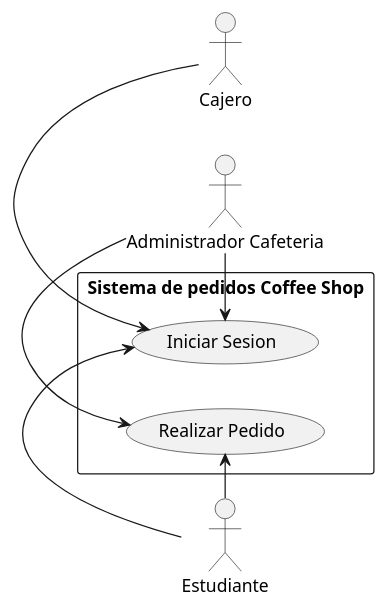
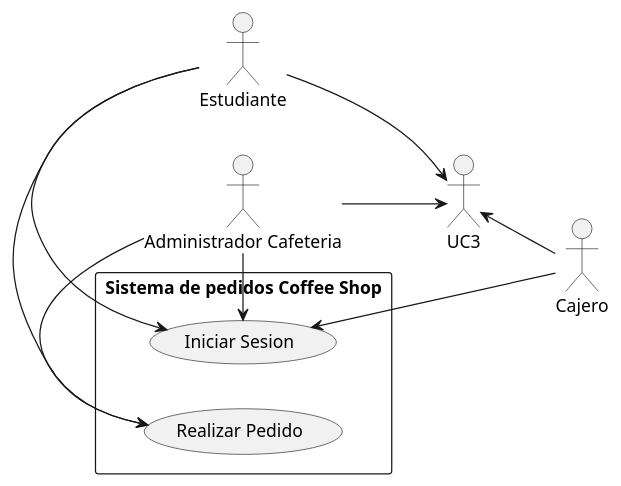
One commit to JulianDHenao/shopcoffee changed the diagram in casosuso.plantuml. Above: the diagram before and after it, drawn with PlantUML. The commit also changed 1 other file, not shown here.

Commit message:
Se actualizo diagrama de casos de uso y se culmino el diagrama de clases

```diff
--- a/casosuso.plantuml
+++ b/casosuso.plantuml
@@ -1,17 +1,21 @@
 @startuml casoscoffeeshop
 left to right direction
 actor "Estudiante" as est
 actor "Administrador Cafeteria" as admin
 actor "Cajero" as cajero
 
 rectangle "Sistema de pedidos Coffee Shop" {
     usecase "Iniciar Sesion" as UC1
     usecase "Realizar Pedido" as UC2
 }
 
 est -> UC1
 est -> UC2
+est --> UC3
 admin -> UC1
 admin -> UC2
+admin -> UC3
+
 UC1 <- cajero
+UC3 <-- cajero
 @enduml
```
